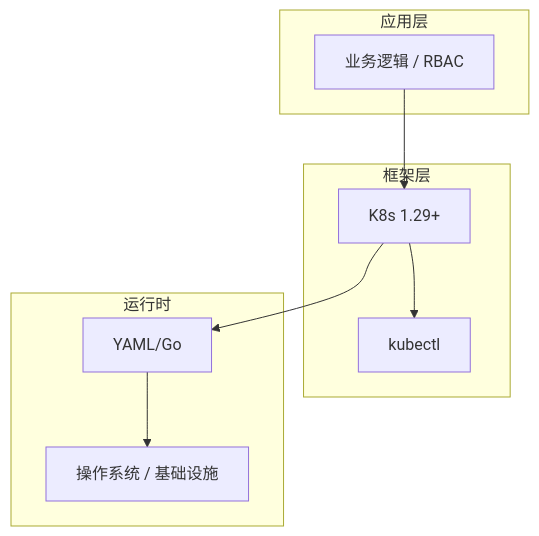
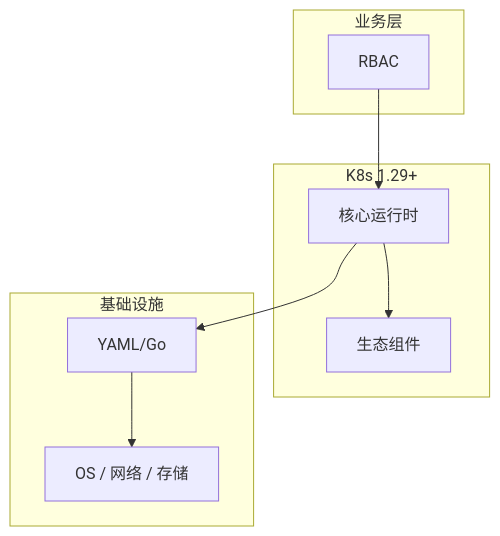
The diagram in articles/Kubernetes/chapters/113-RBAC核心概念与原理.md (yanggan2015/knowledge-json-v2), drawn with Mermaid before and after one commit. The commit also changed other lines of this file and 10127 other files, not shown here.

````diff
--- a/articles/Kubernetes/chapters/113-RBAC核心概念与原理.md
+++ b/articles/Kubernetes/chapters/113-RBAC核心概念与原理.md
@@ -45,18 +34,18 @@
 ```mermaid
 graph TB
-    subgraph 应用层
-        A[业务逻辑 / RBAC]
+    subgraph 业务层
+        A[RBAC]
     end
-    subgraph 框架层
-        B[K8s 1.29+]
-        C[kubectl]
+    subgraph K8s 1.29+
+        B[核心运行时]
+        C[生态组件]
     end
-    subgraph 运行时
+    subgraph 基础设施
         D[YAML/Go]
-        E[操作系统 / 基础设施]
+        E[OS / 网络 / 存储]
     end
     A --> B
     B --> C
     B --> D
     D --> E
 ```
````
